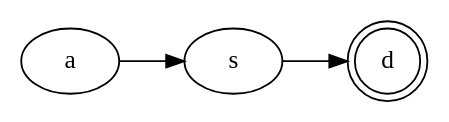
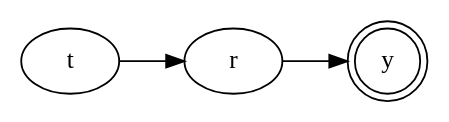
The diagram in src/main/java/archivos/grafo.dot (dxRony/LenguajesF), drawn with Graphviz before and after one commit. The commit also changed 33 other files, not shown here.

```diff
--- a/src/main/java/archivos/grafo.dot
+++ b/src/main/java/archivos/grafo.dot
@@ -1,8 +1,8 @@
 digraph{
 rankdir=LR
- node0 [label="a", shape=ellipse];
- node1 [label="s", shape=ellipse];
+ node0 [label="t", shape=ellipse];
+ node1 [label="r", shape=ellipse];
   node0 -> node1;
- node2 [label="d", shape=doublecircle];
+ node2 [label="y", shape=doublecircle];
   node1 -> node2;
 }
```
